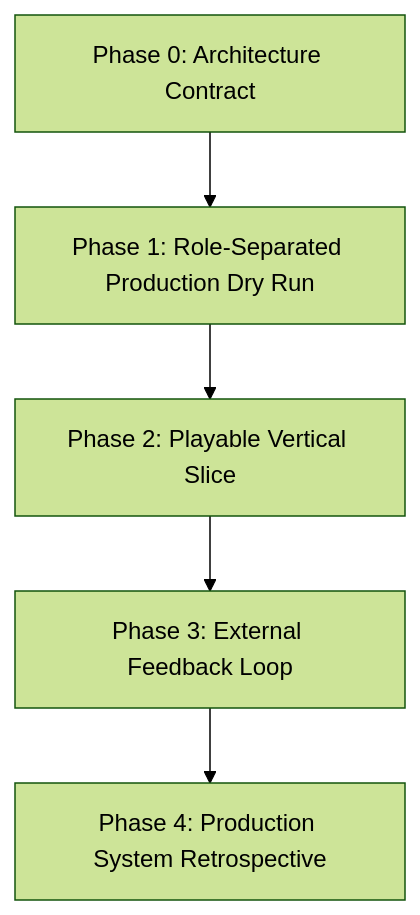
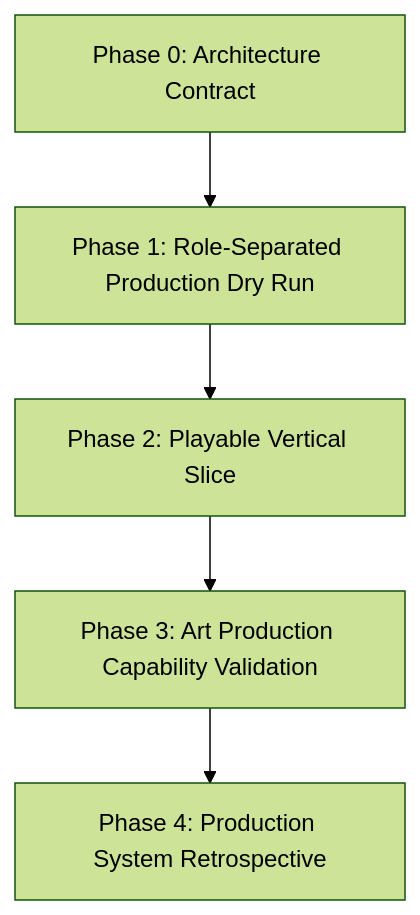
One commit to lbk0523/HaLucyBros changed the diagram in Halucy Codex 구현 계획.md. Above: the diagram before and after it, drawn with Mermaid (forest theme). The commit also changed other lines of this file and 1 other file, not shown here.

Commit message:
phase 재정의

````diff
--- a/Halucy Codex 구현 계획.md
+++ b/Halucy Codex 구현 계획.md
@@ -185,7 +185,7 @@
 ```mermaid
 flowchart TD
   P0["Phase 0: Architecture Contract"] --> P1["Phase 1: Role-Separated Production Dry Run"]
   P1 --> P2["Phase 2: Playable Vertical Slice"]
-  P2 --> P3["Phase 3: External Feedback Loop"]
+  P2 --> P3["Phase 3: Art Production Capability Validation"]
   P3 --> P4["Phase 4: Production System Retrospective"]
 ```
````
